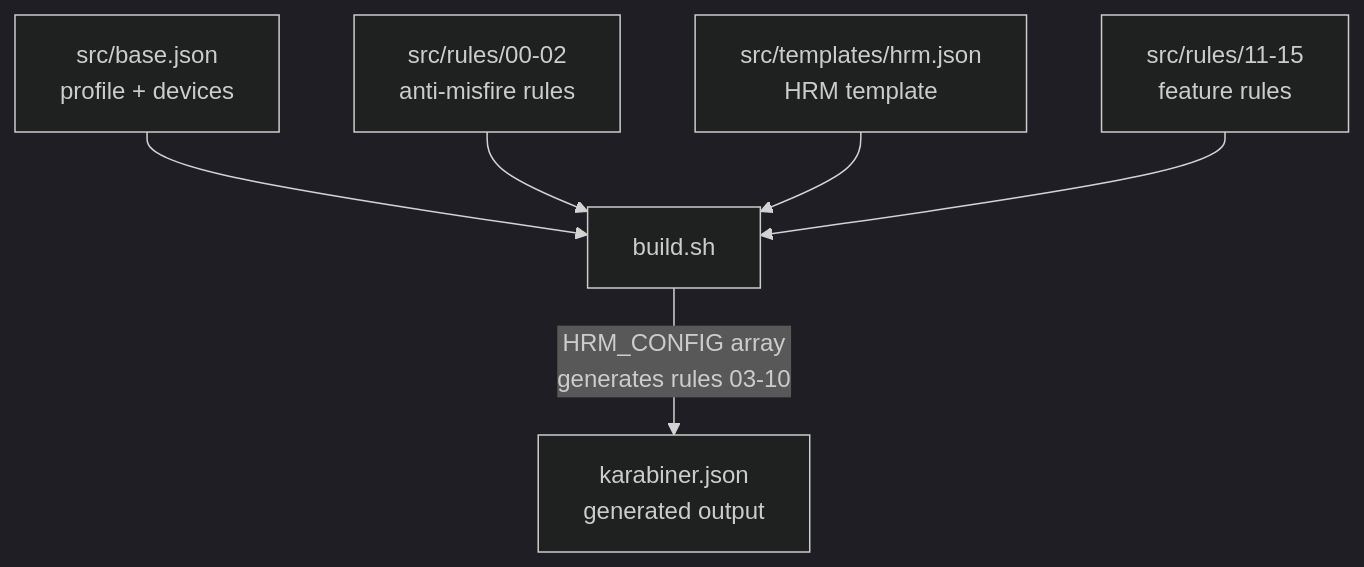
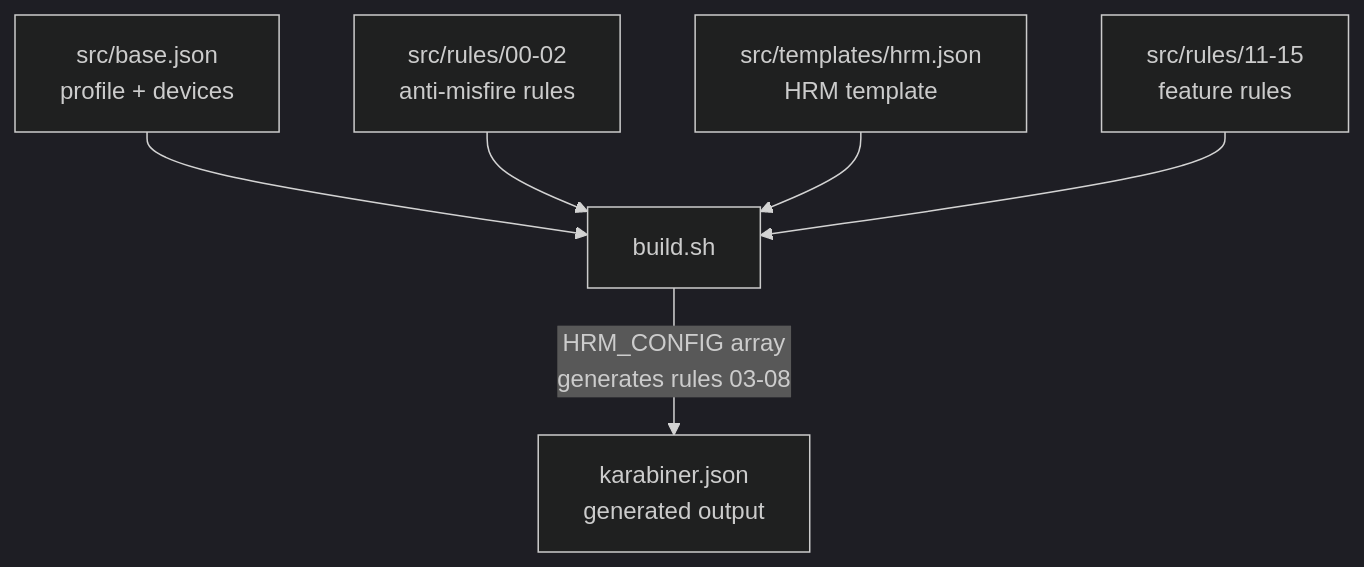
The first of 2 diagrams in docs/components/karabiner.md (Rantaplanb/dotfiles), drawn with Mermaid (dark theme) before and after one commit. The commit also changed other lines of this file and 17 other files, not shown here.

````diff
--- a/docs/components/karabiner.md
+++ b/docs/components/karabiner.md
@@ -10,8 +10,8 @@
 ```mermaid
 flowchart TD
   A[src/base.json<br/>profile + devices] --> E[build.sh]
   B["src/rules/00-02<br/>anti-misfire rules"] --> E
   C["src/templates/hrm.json<br/>HRM template"] --> E
   D["src/rules/11-15<br/>feature rules"] --> E
-  E -->|"HRM_CONFIG array<br/>generates rules 03-10"| F[karabiner.json<br/>generated output]
+  E -->|"HRM_CONFIG array<br/>generates rules 03-08"| F[karabiner.json<br/>generated output]
 ```
````
